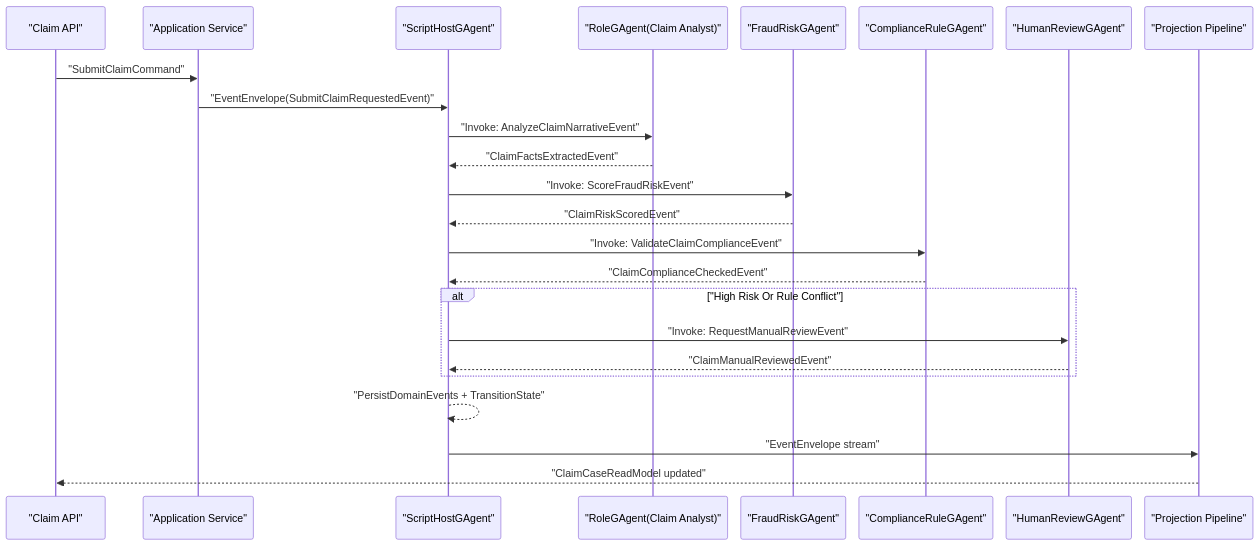
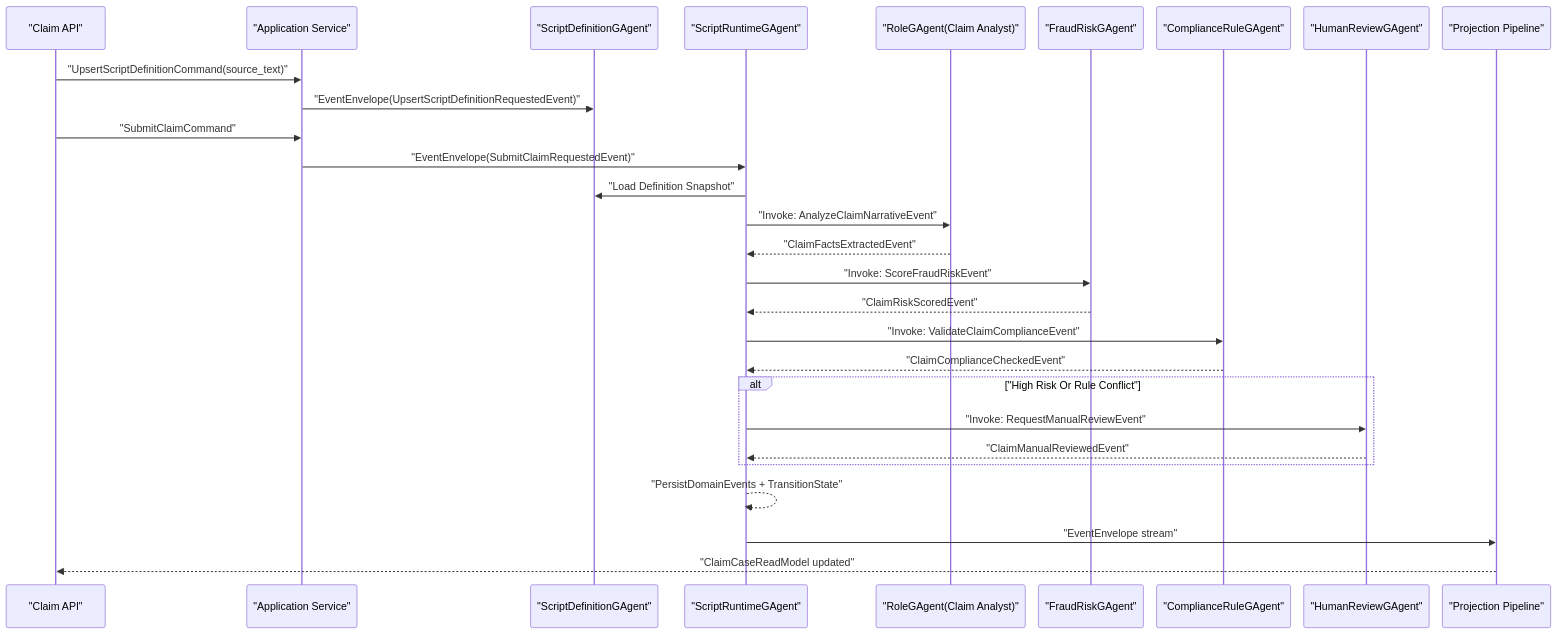
One commit to aevatarAI/aevatar changed the diagram in docs/plans/2026-03-01-multi-agent-script-ai-tdd-testcase.md. Above: the diagram before and after it, drawn with Mermaid. The commit also changed other lines of this file and 4 other files, not shown here.

First line of the commit message:
Update C# Script GAgent architecture to implement dual-GAgent model

````diff
--- a/docs/plans/2026-03-01-multi-agent-script-ai-tdd-testcase.md
+++ b/docs/plans/2026-03-01-multi-agent-script-ai-tdd-testcase.md
@@ -48,28 +56,32 @@
 ```mermaid
 %%{init: {"maxTextSize": 100000, "sequence": {"useMaxWidth": false, "actorMargin": 20, "messageMargin": 15, "diagramMarginX": 20, "diagramMarginY": 10}, "themeVariables": {"fontSize": "10px"}}}%%
 sequenceDiagram
     participant API as "Claim API"
     participant APP as "Application Service"
-    participant SH as "ScriptHostGAgent"
+    participant DEF as "ScriptDefinitionGAgent"
+    participant RUN as "ScriptRuntimeGAgent"
     participant ROLE as "RoleGAgent(Claim Analyst)"
     participant FR as "FraudRiskGAgent"
     participant CR as "ComplianceRuleGAgent"
     participant HR as "HumanReviewGAgent"
     participant PJ as "Projection Pipeline"
 
+    API->>APP: "UpsertScriptDefinitionCommand(source_text)"
+    APP->>DEF: "EventEnvelope(UpsertScriptDefinitionRequestedEvent)"
     API->>APP: "SubmitClaimCommand"
-    APP->>SH: "EventEnvelope(SubmitClaimRequestedEvent)"
-    SH->>ROLE: "Invoke: AnalyzeClaimNarrativeEvent"
-    ROLE-->>SH: "ClaimFactsExtractedEvent"
-    SH->>FR: "Invoke: ScoreFraudRiskEvent"
-    FR-->>SH: "ClaimRiskScoredEvent"
-    SH->>CR: "Invoke: ValidateClaimComplianceEvent"
-    CR-->>SH: "ClaimComplianceCheckedEvent"
+    APP->>RUN: "EventEnvelope(SubmitClaimRequestedEvent)"
+    RUN->>DEF: "Load Definition Snapshot"
+    RUN->>ROLE: "Invoke: AnalyzeClaimNarrativeEvent"
+    ROLE-->>RUN: "ClaimFactsExtractedEvent"
+    RUN->>FR: "Invoke: ScoreFraudRiskEvent"
+    FR-->>RUN: "ClaimRiskScoredEvent"
+    RUN->>CR: "Invoke: ValidateClaimComplianceEvent"
+    CR-->>RUN: "ClaimComplianceCheckedEvent"
     alt "High Risk Or Rule Conflict"
-        SH->>HR: "Invoke: RequestManualReviewEvent"
-        HR-->>SH: "ClaimManualReviewedEvent"
+        RUN->>HR: "Invoke: RequestManualReviewEvent"
+        HR-->>RUN: "ClaimManualReviewedEvent"
     end
-    SH-->>SH: "PersistDomainEvents + TransitionState"
-    SH->>PJ: "EventEnvelope stream"
+    RUN-->>RUN: "PersistDomainEvents + TransitionState"
+    RUN->>PJ: "EventEnvelope stream"
     PJ-->>API: "ClaimCaseReadModel updated"
 ```
````
